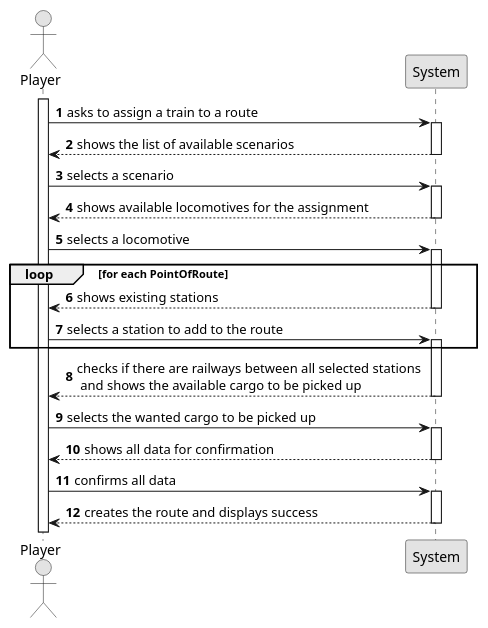
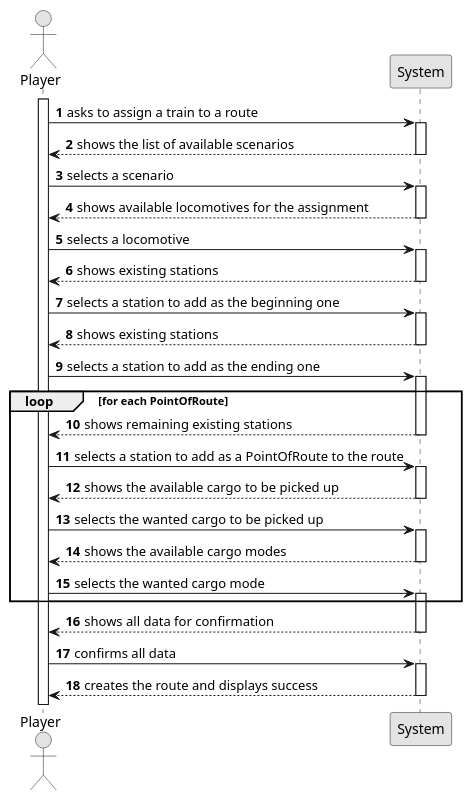
One commit to 1240935/pi2-railway-simulator changed the diagram in Sprint3/US010/01.requirements-engineering/puml/US010-SSD.puml. Above: the diagram before and after it, drawn with PlantUML. The commit also changed 9 other files, not shown here.

```diff
--- a/Sprint3/US010/01.requirements-engineering/puml/US010-SSD.puml
+++ b/Sprint3/US010/01.requirements-engineering/puml/US010-SSD.puml
@@ -1,52 +1,70 @@
 @startuml
 skinparam monochrome true
 skinparam packageStyle rectangle
 skinparam shadowing false
 
 autonumber
 
 actor "Player" as Employee
 participant "System" as System
 
 activate Employee
 
     Employee -> System : asks to assign a train to a route
     activate System
 
     System --> Employee : shows the list of available scenarios
     deactivate
 
     Employee -> System : selects a scenario
     activate System
 
         System --> Employee : shows available locomotives for the assignment
     deactivate System
 
     Employee -> System : selects a locomotive
     activate System
 
-    loop for each PointOfRoute
+    System --> Employee : shows existing stations
+    deactivate System
+
+    Employee -> System : selects a station to add as the beginning one
+    activate System
 
     System --> Employee : shows existing stations
     deactivate System
 
-    Employee -> System : selects a station to add to the route
+    Employee -> System : selects a station to add as the ending one
     activate System
 
-    end loop
+    loop for each PointOfRoute
 
-    System --> Employee: checks if there are railways between all selected stations \n and shows the available cargo to be picked up
+    System --> Employee : shows remaining existing stations
+    deactivate System
+
+    Employee -> System : selects a station to add as a PointOfRoute to the route
+    activate System
+
+    System --> Employee: shows the available cargo to be picked up
     deactivate System
 
     Employee -> System: selects the wanted cargo to be picked up
     activate System
+
+    System --> Employee: shows the available cargo modes
+    deactivate System
+
+    Employee -> System: selects the wanted cargo mode
+    activate System
+
+    end loop
 
     System --> Employee: shows all data for confirmation
     deactivate System
 
     Employee -> System : confirms all data
     activate System
 
     System --> Employee : creates the route and displays success
     deactivate System
 @enduml
```
